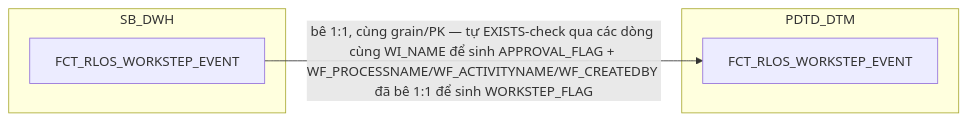
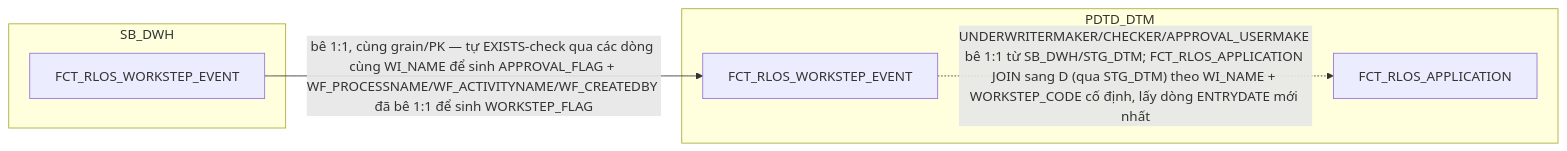
Before and after one commit to chien1198/sb-mapping-gen: diagram 16 of 19 in hld/hld_review/HLD_FCT_PDTD_DTM_review.md, drawn with Mermaid. The commit also changed other lines of this file and 160 other files, not shown here.

````diff
--- a/hld/hld_review/HLD_FCT_PDTD_DTM_review.md
+++ b/hld/hld_review/HLD_FCT_PDTD_DTM_review.md
@@ -1038,10 +1045,12 @@
 ```mermaid
 flowchart LR
     subgraph SB_DWH
         C["FCT_RLOS_WORKSTEP_EVENT"]
     end
     subgraph PDTD_DTM
         D["FCT_RLOS_WORKSTEP_EVENT"]
+        AA["FCT_RLOS_APPLICATION"]
     end
     C -->|"bê 1:1, cùng grain/PK — tự EXISTS-check qua các dòng cùng WI_NAME để sinh APPROVAL_FLAG + WF_PROCESSNAME/WF_ACTIVITYNAME/WF_CREATEDBY đã bê 1:1 để sinh WORKSTEP_FLAG "| D
+    D -.->|"UNDERWRITERMAKER/CHECKER/APPROVAL_USERMAKE bê 1:1 từ SB_DWH/STG_DTM; FCT_RLOS_APPLICATION JOIN sang D (qua STG_DTM) theo WI_NAME + WORKSTEP_CODE cố định, lấy dòng ENTRYDATE mới nhất"| AA
 ```
````
